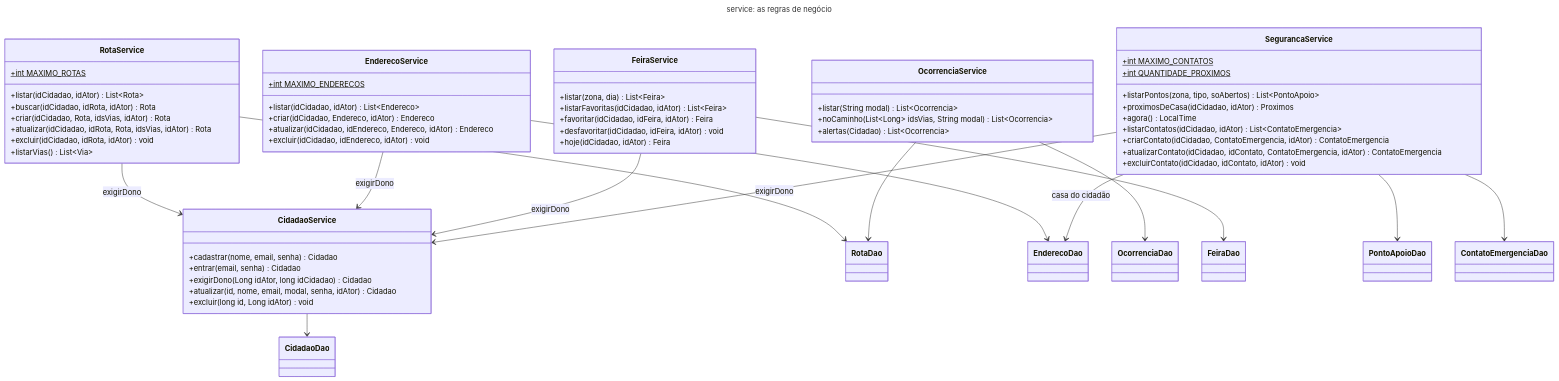
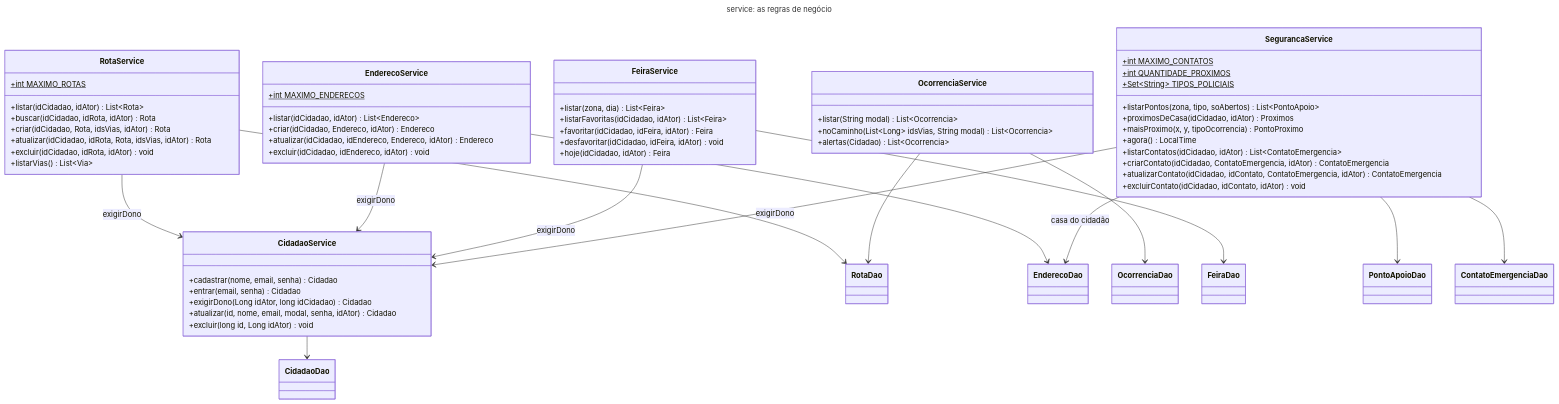
Before and after one commit to lucasakira3/CitizenLife: the diagram in docs/diagramas/classes-3-service.mmd, drawn with Mermaid. The commit also changed 12 other files, not shown here.

```diff
--- a/docs/diagramas/classes-3-service.mmd
+++ b/docs/diagramas/classes-3-service.mmd
@@ -1,64 +1,66 @@
 ---
 title: "service: as regras de negócio"
 ---
 classDiagram
     direction TB
     class CidadaoService {
         +cadastrar(nome, email, senha) Cidadao
         +entrar(email, senha) Cidadao
         +exigirDono(Long idAtor, long idCidadao) Cidadao
         +atualizar(id, nome, email, modal, senha, idAtor) Cidadao
         +excluir(long id, Long idAtor) void
     }
     class RotaService {
         +int MAXIMO_ROTAS$
         +listar(idCidadao, idAtor) List~Rota~
         +buscar(idCidadao, idRota, idAtor) Rota
         +criar(idCidadao, Rota, idsVias, idAtor) Rota
         +atualizar(idCidadao, idRota, Rota, idsVias, idAtor) Rota
         +excluir(idCidadao, idRota, idAtor) void
         +listarVias() List~Via~
     }
     class EnderecoService {
         +int MAXIMO_ENDERECOS$
         +listar(idCidadao, idAtor) List~Endereco~
         +criar(idCidadao, Endereco, idAtor) Endereco
         +atualizar(idCidadao, idEndereco, Endereco, idAtor) Endereco
         +excluir(idCidadao, idEndereco, idAtor) void
     }
     class OcorrenciaService {
         +listar(String modal) List~Ocorrencia~
         +noCaminho(List~Long~ idsVias, String modal) List~Ocorrencia~
         +alertas(Cidadao) List~Ocorrencia~
     }
     class FeiraService {
         +listar(zona, dia) List~Feira~
         +listarFavoritas(idCidadao, idAtor) List~Feira~
         +favoritar(idCidadao, idFeira, idAtor) Feira
         +desfavoritar(idCidadao, idFeira, idAtor) void
         +hoje(idCidadao, idAtor) Feira
     }
     class SegurancaService {
         +int MAXIMO_CONTATOS$
         +int QUANTIDADE_PROXIMOS$
+        +Set~String~ TIPOS_POLICIAIS$
         +listarPontos(zona, tipo, soAbertos) List~PontoApoio~
         +proximosDeCasa(idCidadao, idAtor) Proximos
+        +maisProximo(x, y, tipoOcorrencia) PontoProximo
         +agora() LocalTime
         +listarContatos(idCidadao, idAtor) List~ContatoEmergencia~
         +criarContato(idCidadao, ContatoEmergencia, idAtor) ContatoEmergencia
         +atualizarContato(idCidadao, idContato, ContatoEmergencia, idAtor) ContatoEmergencia
         +excluirContato(idCidadao, idContato, idAtor) void
     }
     RotaService --> CidadaoService : exigirDono
     EnderecoService --> CidadaoService : exigirDono
     CidadaoService --> CidadaoDao
     RotaService --> RotaDao
     EnderecoService --> EnderecoDao
     OcorrenciaService --> OcorrenciaDao
     OcorrenciaService --> RotaDao
     FeiraService --> CidadaoService : exigirDono
     FeiraService --> FeiraDao
     SegurancaService --> CidadaoService : exigirDono
     SegurancaService --> PontoApoioDao
     SegurancaService --> ContatoEmergenciaDao
     SegurancaService --> EnderecoDao : casa do cidadão
```
